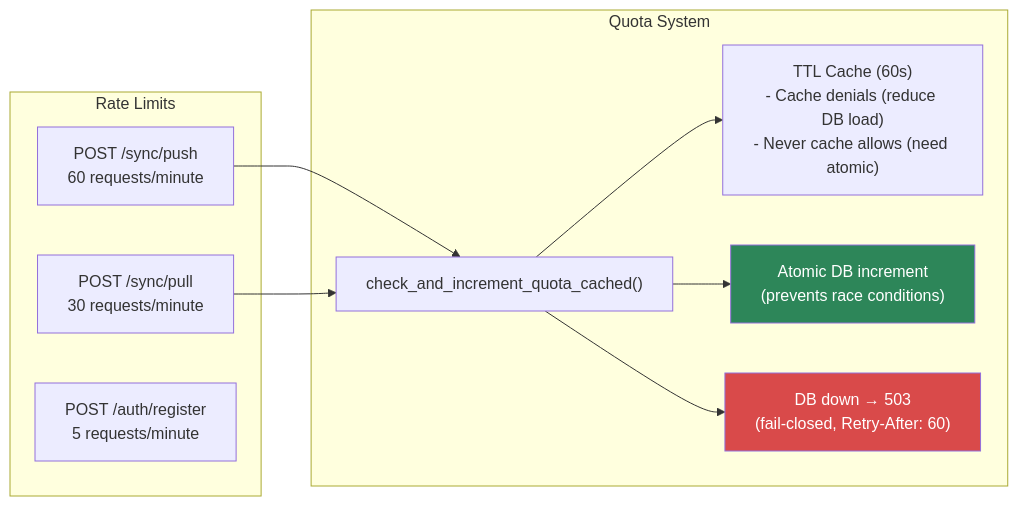
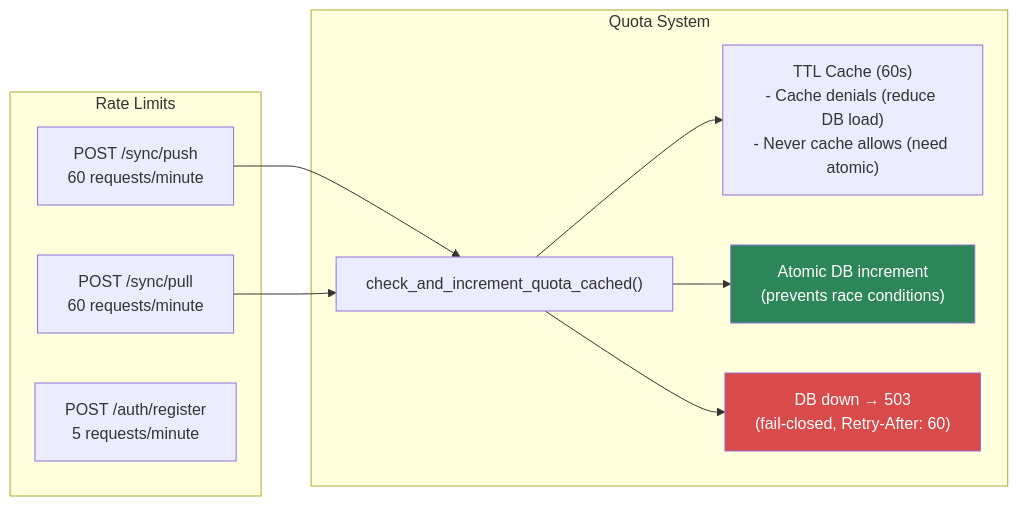
Diagram 32 of 32 in docs/ARCHITECTURE_DIAGRAMS.md (Emergent-Instruments/kernle), drawn with Mermaid before and after one commit. The commit also changed other lines of this file, not shown here.

Commit message:
fix: correct rate limit in docs — pull is 60/min not 30/min (#89)
Codex architecture audit caught the mismatch. Code has 60/min for
both push and pull; docs incorrectly said 30/min for pull.

````diff
--- a/docs/ARCHITECTURE_DIAGRAMS.md
+++ b/docs/ARCHITECTURE_DIAGRAMS.md
@@ -1406,23 +1406,23 @@
 ```mermaid
 graph LR
     subgraph "Rate Limits"
         RL_PUSH["POST /sync/push<br/>60 requests/minute"]
-        RL_PULL["POST /sync/pull<br/>30 requests/minute"]
+        RL_PULL["POST /sync/pull<br/>60 requests/minute"]
         RL_REG["POST /auth/register<br/>5 requests/minute"]
     end
 
     subgraph "Quota System"
         CHECK["check_and_increment_quota_cached()"]
         CACHE["TTL Cache (60s)<br/>- Cache denials (reduce DB load)<br/>- Never cache allows (need atomic)"]
         ATOMIC["Atomic DB increment<br/>(prevents race conditions)"]
         FAIL["DB down → 503<br/>(fail-closed, Retry-After: 60)"]
     end
 
     RL_PUSH & RL_PULL --> CHECK
     CHECK --> CACHE
     CHECK --> ATOMIC
     CHECK --> FAIL
 
     style FAIL fill:#d94a4a,color:#fff
     style ATOMIC fill:#2d8659,color:#fff
 ```
````
